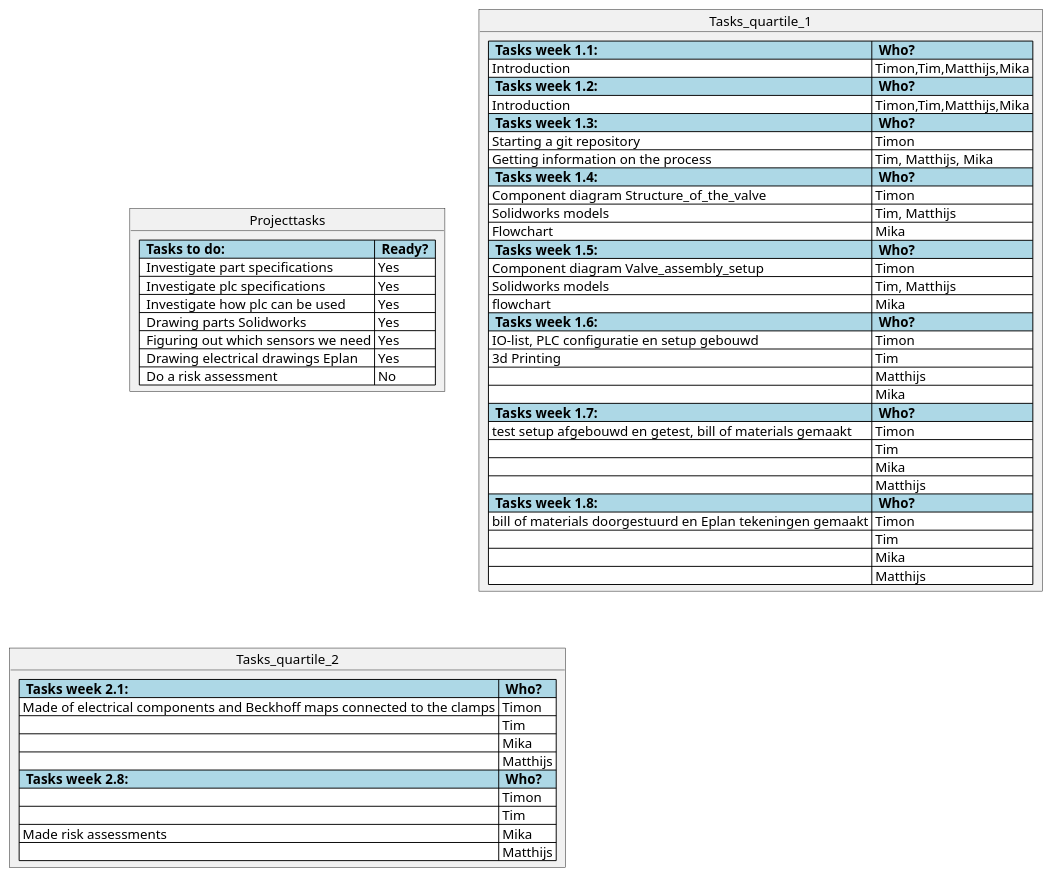
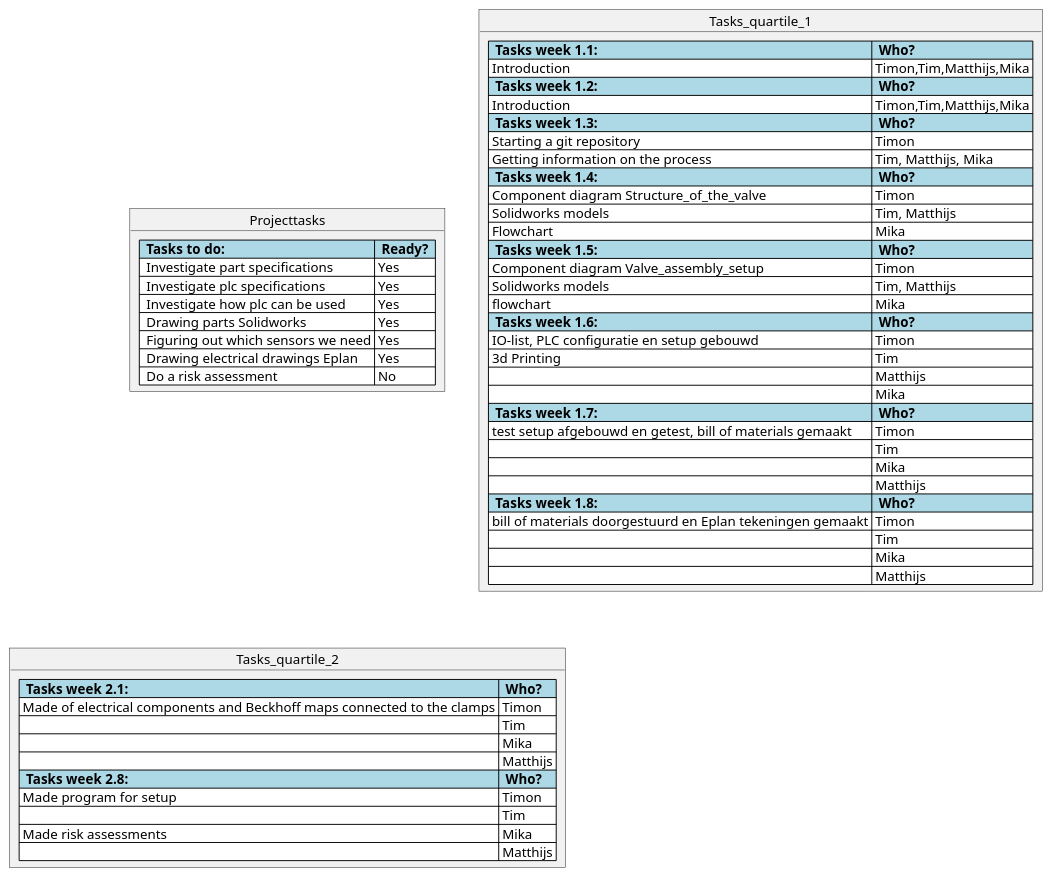
One commit to Timon14kraan/Project-Proces-and-Safety changed the diagram in src/Tasks.md. Above: the diagram before and after it, drawn with PlantUML. The commit also changed 2 other files, not shown here.

Commit message:
Added taks

````diff
--- a/src/Tasks.md
+++ b/src/Tasks.md
@@ -5,64 +5,64 @@
 ```plantuml
 @startuml
 
 object Projecttasks {
   <#lightblue,#black>|=  Tasks to do:  |=  Ready?  |
   <#white>|  Investigate part specifications | Yes | 
   <#white>|  Investigate plc specifications | Yes |
   <#white>|  Investigate how plc can be used  | Yes |
   <#white>|  Drawing parts Solidworks | Yes |
   <#white>|  Figuring out which sensors we need | Yes |
   <#white>|  Drawing electrical drawings Eplan | Yes |
   <#white>|  Do a risk assessment | No |
 }
 
 object Tasks_quartile_1 {
   <#lightblue,#black>|=  Tasks week 1.1:  |=  Who?  |
   <#white>| Introduction | Timon,Tim,Matthijs,Mika |
   <#lightblue,#black>|=  Tasks week 1.2:  |=  Who?  |
   <#white>| Introduction | Timon,Tim,Matthijs,Mika |
   <#lightblue,#black>|=  Tasks week 1.3:  |=  Who?  |
   <#white>| Starting a git repository | Timon |
   <#white>| Getting information on the process | Tim, Matthijs, Mika |
   <#lightblue,#black>|=  Tasks week 1.4:  |=  Who?  |
   <#white>| Component diagram Structure_of_the_valve | Timon |
   <#white>| Solidworks models| Tim, Matthijs |
   <#white>| Flowchart| Mika |
   <#lightblue,#black>|=  Tasks week 1.5:  |=  Who?  |
   <#white>| Component diagram Valve_assembly_setup | Timon |
   <#white>| Solidworks models| Tim, Matthijs |
   <#white>| flowchart| Mika |
   <#lightblue,#black>|=  Tasks week 1.6:  |=  Who?  |
   <#white>| IO-list, PLC configuratie en setup gebouwd | Timon |
   <#white>| 3d Printing | Tim |
   <#white>| | Matthijs |
   <#white>|  | Mika |
   <#lightblue,#black>|=  Tasks week 1.7:  |=  Who?  |
   <#white>| test setup afgebouwd en getest, bill of materials gemaakt | Timon |
   <#white>|  | Tim |
   <#white>|  | Mika |
   <#white>|  | Matthijs |
   <#lightblue,#black>|=  Tasks week 1.8:  |=  Who?  |
   <#white>| bill of materials doorgestuurd en Eplan tekeningen gemaakt | Timon |
   <#white>|  | Tim |
   <#white>|  | Mika |
   <#white>|  | Matthijs |
 }
 
 
 object Tasks_quartile_2 {
   <#lightblue,#black>|=  Tasks week 2.1:  |=  Who?  |
   <#white>| Made of electrical components and Beckhoff maps connected to the clamps | Timon |
   <#white>|  | Tim |
   <#white>|  | Mika |
   <#white>|  | Matthijs |
     <#lightblue,#black>|=  Tasks week 2.8:  |=  Who?  |
-  <#white>|  | Timon |
+  <#white>| Made program for setup | Timon |
   <#white>|  | Tim |
   <#white>| Made risk assessments | Mika |  
   <#white>|  | Matthijs |
 }
 
 
 @endulm
 ```
````
